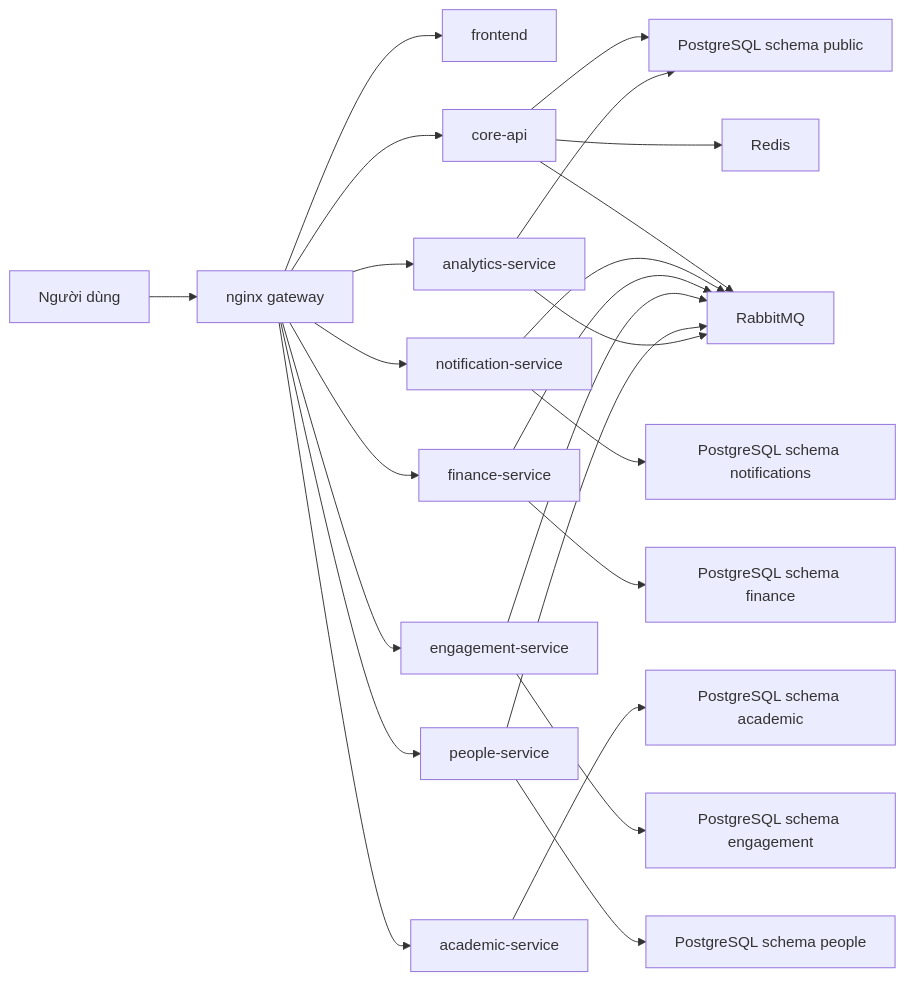
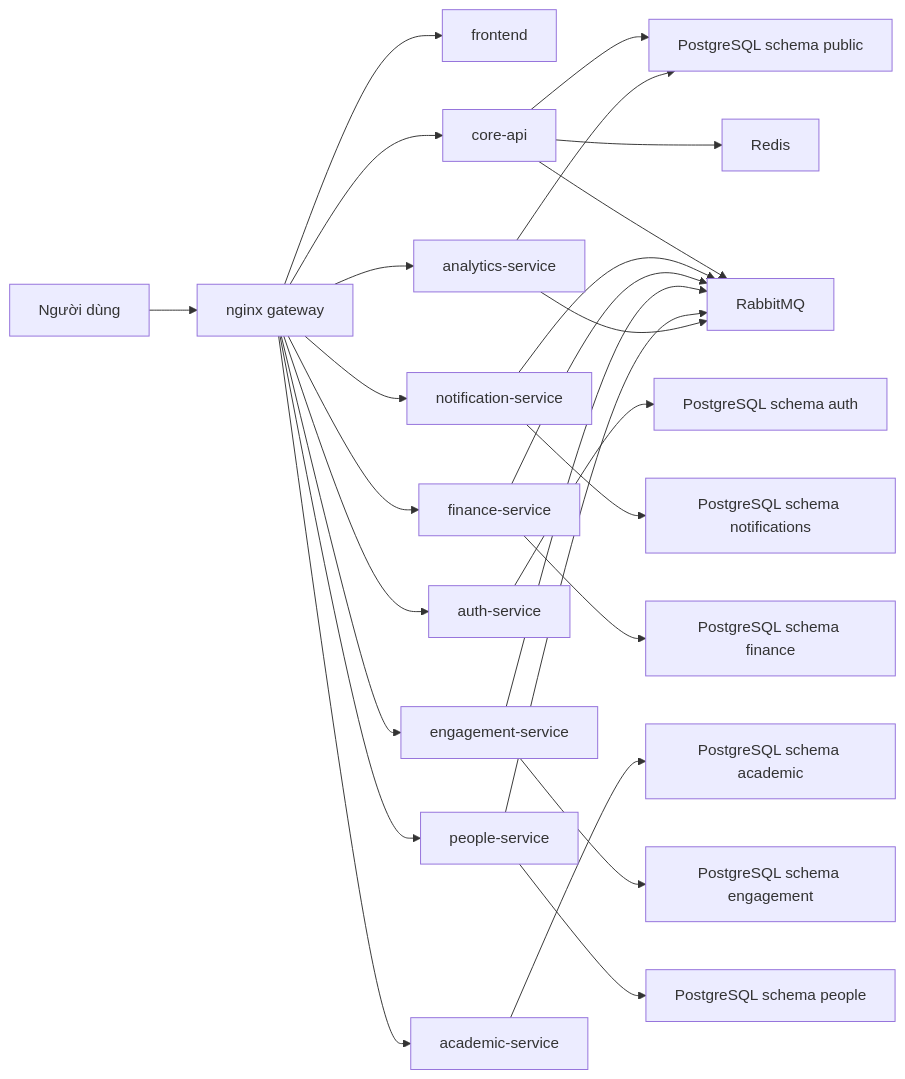
The diagram in README.md (JasonTM17/CampusCore_FullStack_Individual), drawn with Mermaid before and after one commit. The commit also changed other lines of this file and 143 other files, not shown here.

Commit message:
feat(auth-service): split auth and iam into standalone service

````diff
--- a/README.md
+++ b/README.md
@@ -43,28 +45,30 @@
 ```mermaid
 flowchart LR
   U["Người dùng"] --> N["nginx gateway"]
   N --> FE["frontend"]
   N --> CORE["core-api"]
+  N --> AUTH["auth-service"]
   N --> NOTI["notification-service"]
   N --> FIN["finance-service"]
   N --> ACAD["academic-service"]
   N --> ENG["engagement-service"]
   N --> PEOPLE["people-service"]
   N --> ANALYTICS["analytics-service"]
 
   CORE --> P0["PostgreSQL schema public"]
+  AUTH --> PA["PostgreSQL schema auth"]
   NOTI --> P1["PostgreSQL schema notifications"]
   FIN --> P2["PostgreSQL schema finance"]
   ACAD --> P3["PostgreSQL schema academic"]
   ENG --> P4["PostgreSQL schema engagement"]
   PEOPLE --> P5["PostgreSQL schema people"]
   ANALYTICS --> P0
 
   CORE --> R["Redis"]
   CORE --> MQ["RabbitMQ"]
   NOTI --> MQ
   FIN --> MQ
   ENG --> MQ
   PEOPLE --> MQ
   ANALYTICS --> MQ
 ```
````
